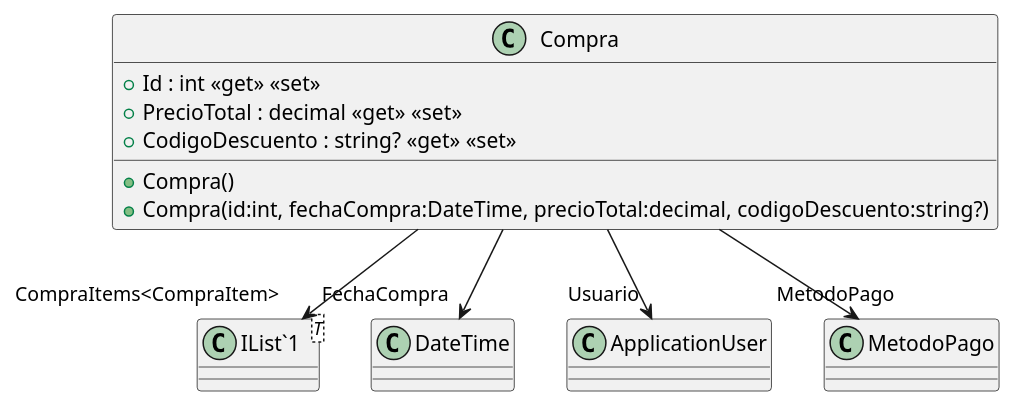
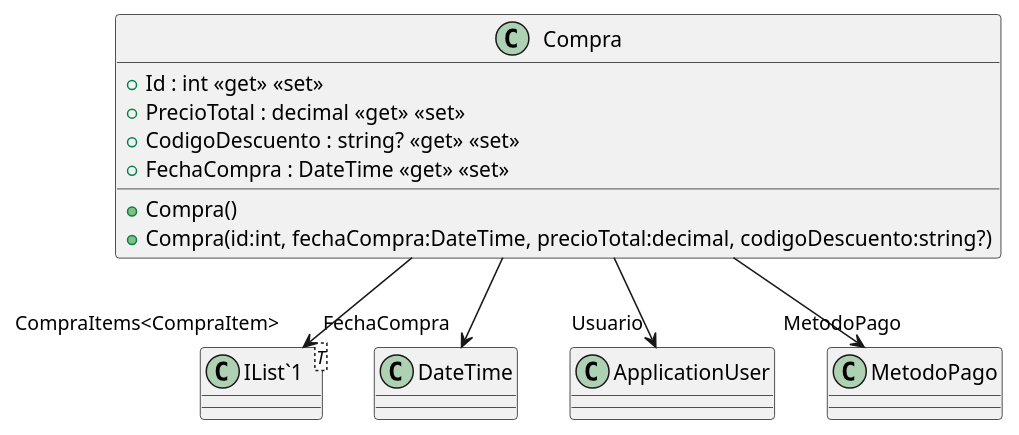
One commit to ISII2627LosGremlins/ISII2627LosGremlins changed the diagram in src/AppForSEII.API/ClassDiagram/Compra.puml. Above: the diagram before and after it, drawn with PlantUML. The commit also changed 3 other files, not shown here.

First line of the commit message:
Añadir atributos DateTime a las clases Compra, Libro, Reposicion y Resena (#88)

```diff
--- a/src/AppForSEII.API/ClassDiagram/Compra.puml
+++ b/src/AppForSEII.API/ClassDiagram/Compra.puml
@@ -1,15 +1,16 @@
 @startuml
 class Compra {
     + Compra()
     + Compra(id:int, fechaCompra:DateTime, precioTotal:decimal, codigoDescuento:string?)
     + Id : int <<get>> <<set>>
     + PrecioTotal : decimal <<get>> <<set>>
     + CodigoDescuento : string? <<get>> <<set>>
+    + FechaCompra : DateTime <<get>> <<set>>
 }
 class "IList`1"<T> {
 }
 Compra --> "FechaCompra" DateTime
 Compra --> "CompraItems<CompraItem>" "IList`1"
 Compra --> "Usuario" ApplicationUser
 Compra --> "MetodoPago" MetodoPago
 @enduml
```
